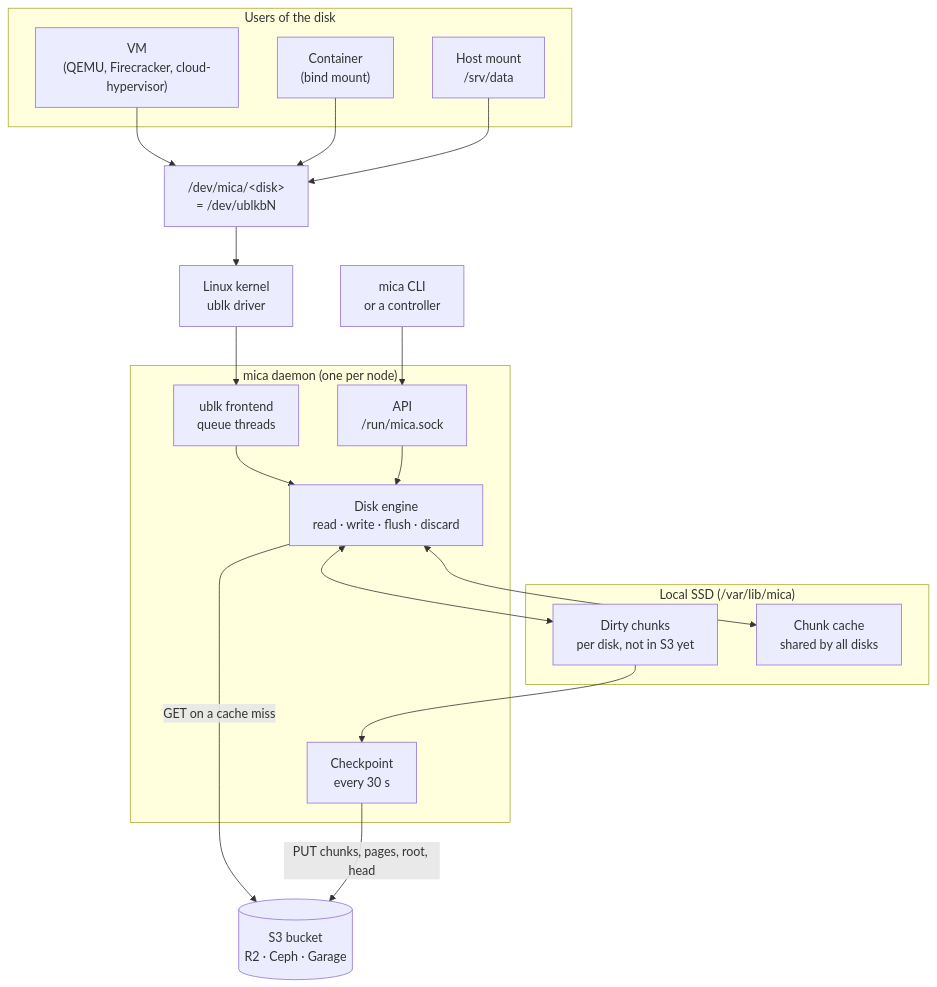
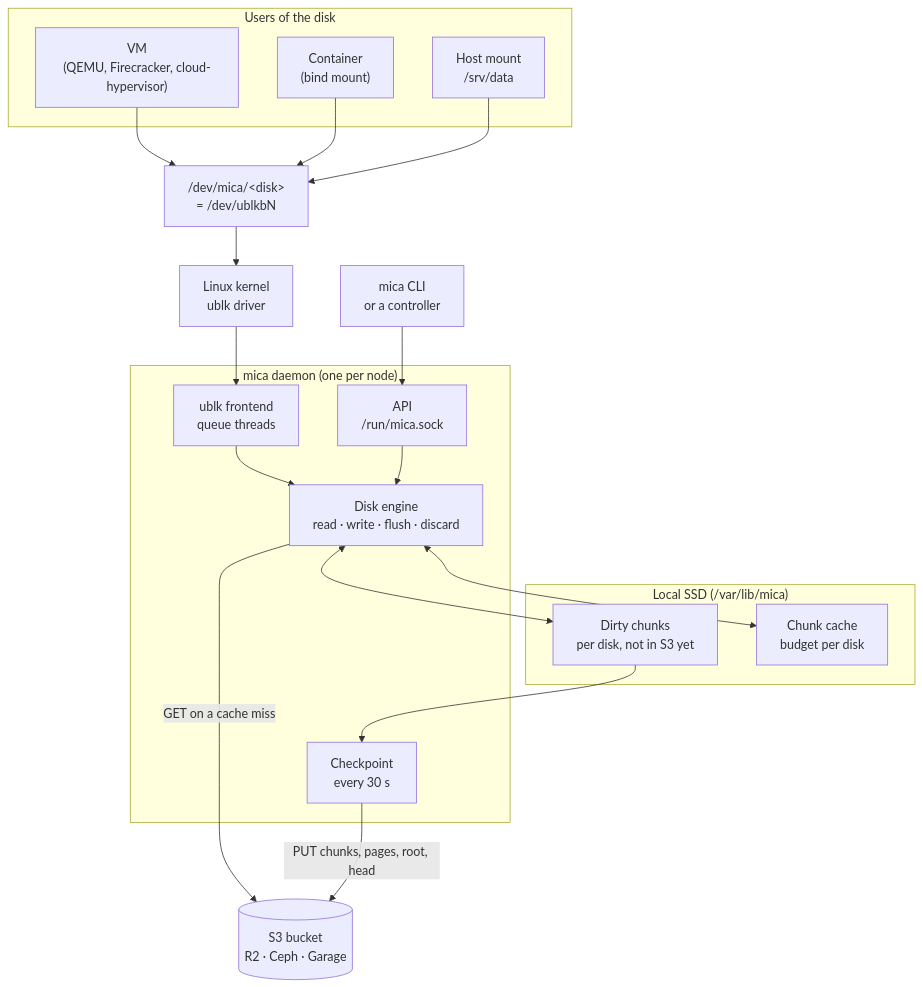
Before and after one commit to tanmoysrt/mica: the first of 10 diagrams in docs/architecture.md, drawn with Mermaid. The commit also changed other lines of this file and 31 other files, not shown here.

````diff
--- a/docs/architecture.md
+++ b/docs/architecture.md
@@ -9,34 +9,34 @@
 ```mermaid
 flowchart TB
     subgraph users["Users of the disk"]
         vm["VM<br/>(QEMU, Firecracker, cloud-hypervisor)"]
         ct["Container<br/>(bind mount)"]
         host["Host mount<br/>/srv/data"]
     end
 
     dev["/dev/mica/&lt;disk&gt;<br/>= /dev/ublkbN"]
     kernel["Linux kernel<br/>ublk driver"]
 
     subgraph daemon["mica daemon (one per node)"]
         frontend["ublk frontend<br/>queue threads"]
         engine["Disk engine<br/>read · write · flush · discard"]
         checkpoint["Checkpoint<br/>every 30 s"]
         api["API<br/>/run/mica.sock"]
     end
 
     subgraph ssd["Local SSD (/var/lib/mica)"]
         dirty["Dirty chunks<br/>per disk, not in S3 yet"]
-        cache["Chunk cache<br/>shared by all disks"]
+        cache["Chunk cache<br/>budget per disk"]
     end
 
     s3[("S3 bucket<br/>R2 · Ceph · Garage")]
     cli["mica CLI<br/>or a controller"]
 
     vm & ct & host --> dev --> kernel --> frontend --> engine
     engine <--> dirty
     engine <--> cache
     engine -- "GET on a cache miss" --> s3
     checkpoint -- "PUT chunks, pages, root, head" --> s3
     dirty --> checkpoint
     cli --> api --> engine
 ```
````
